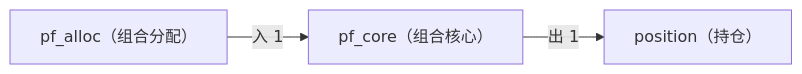
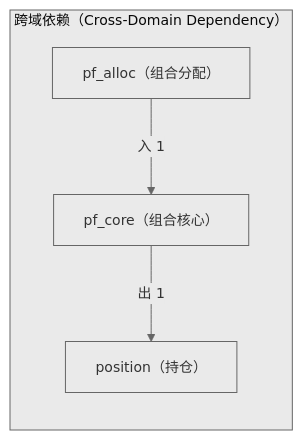
One commit to xuanFelixVan/ZephyrAlpha changed the second of 2 diagrams in docs/02_enterprise_architecture/06_decision_architecture/17_decision_l3_pf_core.md. Above: the diagram before and after it, drawn with Mermaid. The commit also changed other lines of this file and 23 other files, not shown here.

First line of the commit message:
fix(decision-diagram): mermaid 图加 subgraph 容器 + clusterBkg 主题变量

````diff
--- a/docs/02_enterprise_architecture/06_decision_architecture/17_decision_l3_pf_core.md
+++ b/docs/02_enterprise_architecture/06_decision_architecture/17_decision_l3_pf_core.md
@@ -124,8 +125,11 @@
 ```mermaid
+%%{init: {'theme': 'base', 'themeVariables': {'primaryColor': '#eaeaea', 'primaryTextColor': '#333333', 'primaryBorderColor': '#666666', 'lineColor': '#666666', 'clusterBkg': '#eaeaea', 'clusterBorder': '#666666', 'fontSize': '14px'}}}%%
 flowchart LR
-    SELF["pf_core（组合核心）"]
-    EXT_position["position（持仓）"]
-    SELF -->|出 1| EXT_position
-    EXT_pf_alloc["pf_alloc（组合分配）"]
-    EXT_pf_alloc -->|入 1| SELF
+    subgraph cd_sg["跨域依赖（Cross-Domain Dependency）"]
+        SELF["pf_core（组合核心）"]
+        EXT_position["position（持仓）"]
+        SELF -->|出 1| EXT_position
+        EXT_pf_alloc["pf_alloc（组合分配）"]
+        EXT_pf_alloc -->|入 1| SELF
+    end
 ```
````
